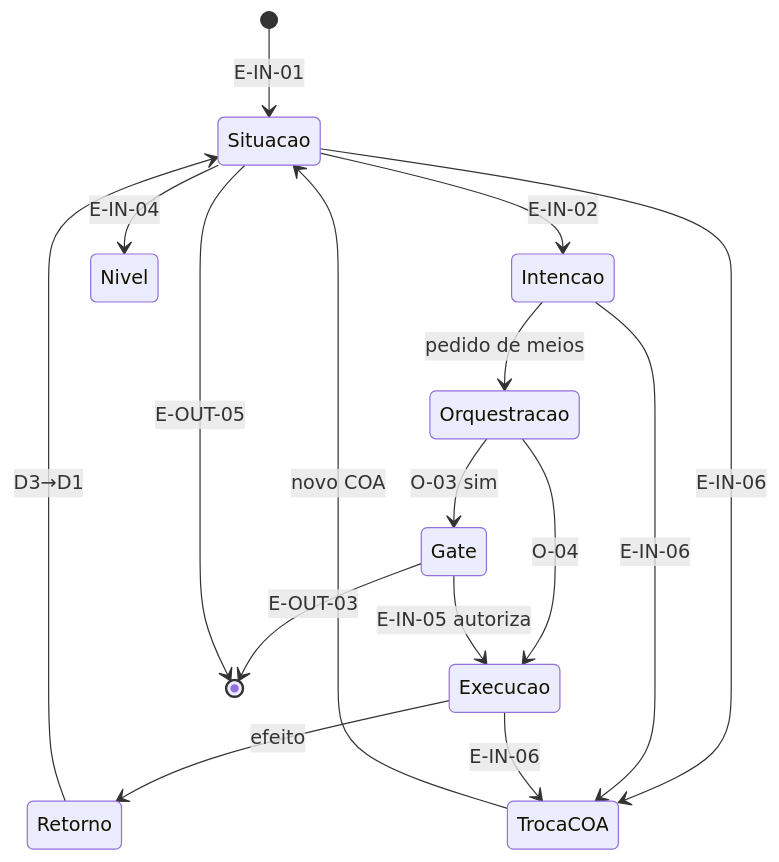
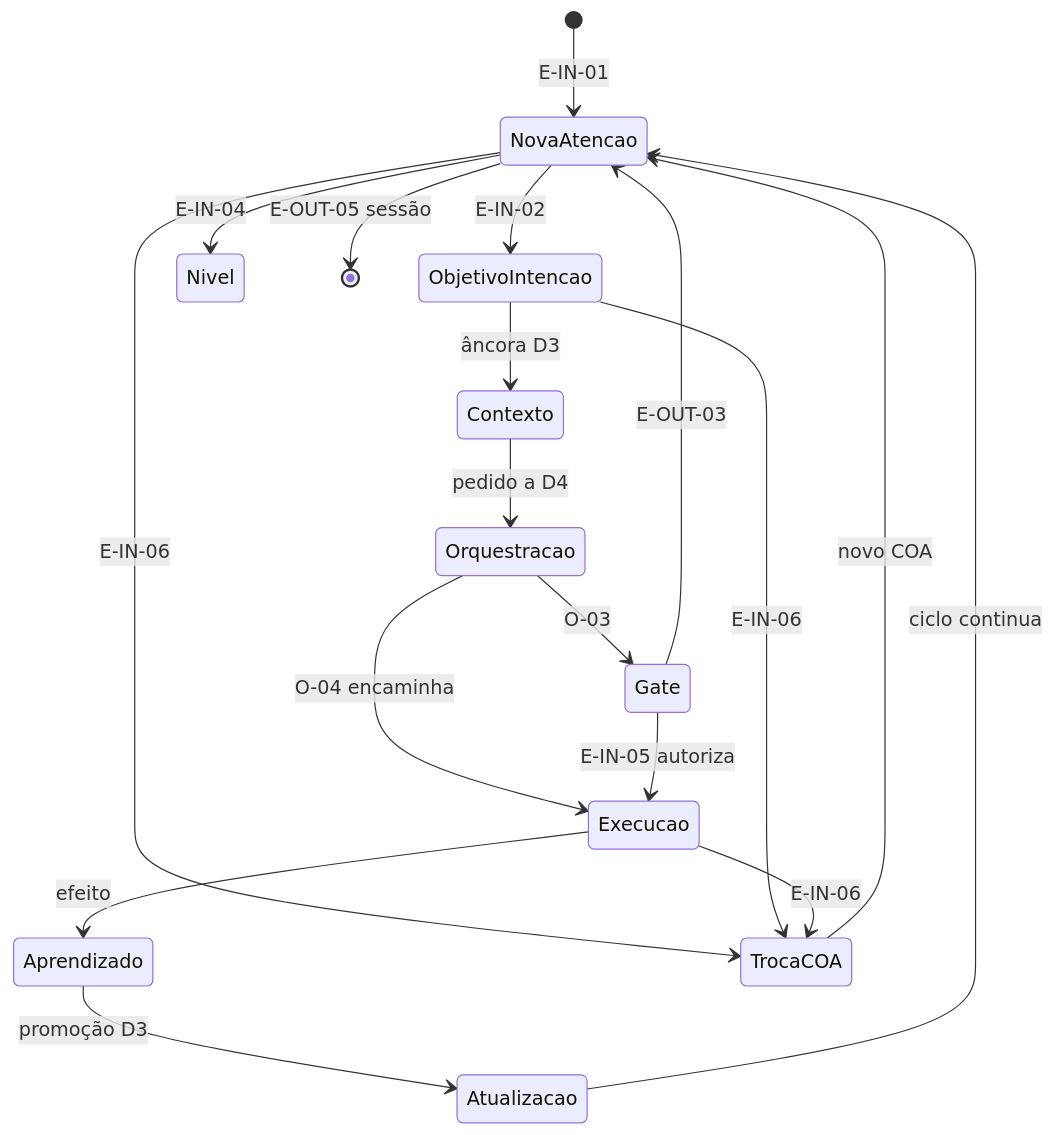
The fifth of 5 diagrams in docs/product/F2-02-modelo-de-interacoes-experiencia.md (ander44440/sistema-ceo), drawn with Mermaid before and after one commit. The commit also changed other lines of this file and 214 other files, not shown here.

````diff
--- a/docs/product/F2-02-modelo-de-interacoes-experiencia.md
+++ b/docs/product/F2-02-modelo-de-interacoes-experiencia.md
@@ -264,18 +356,20 @@
 ```mermaid
 stateDiagram-v2
-  [*] --> Situacao: E-IN-01
-  Situacao --> Intencao: E-IN-02
-  Situacao --> Nivel: E-IN-04
-  Intencao --> Orquestracao: pedido de meios
-  Orquestracao --> Gate: O-03 sim
-  Orquestracao --> Execucao: O-04
+  [*] --> NovaAtencao: E-IN-01
+  NovaAtencao --> ObjetivoIntencao: E-IN-02
+  NovaAtencao --> Nivel: E-IN-04
+  ObjetivoIntencao --> Contexto: âncora D3
+  Contexto --> Orquestracao: pedido a D4
+  Orquestracao --> Gate: O-03
+  Orquestracao --> Execucao: O-04 encaminha
   Gate --> Execucao: E-IN-05 autoriza
-  Gate --> [*]: E-OUT-03
-  Execucao --> Retorno: efeito
-  Retorno --> Situacao: D3→D1
-  Situacao --> [*]: E-OUT-05
-  Situacao --> TrocaCOA: E-IN-06
-  Intencao --> TrocaCOA: E-IN-06
+  Gate --> NovaAtencao: E-OUT-03
+  Execucao --> Aprendizado: efeito
+  Aprendizado --> Atualizacao: promoção D3
+  Atualizacao --> NovaAtencao: ciclo continua
+  NovaAtencao --> [*]: E-OUT-05 sessão
+  NovaAtencao --> TrocaCOA: E-IN-06
+  ObjetivoIntencao --> TrocaCOA: E-IN-06
   Execucao --> TrocaCOA: E-IN-06
-  TrocaCOA --> Situacao: novo COA
+  TrocaCOA --> NovaAtencao: novo COA
 ```
````
